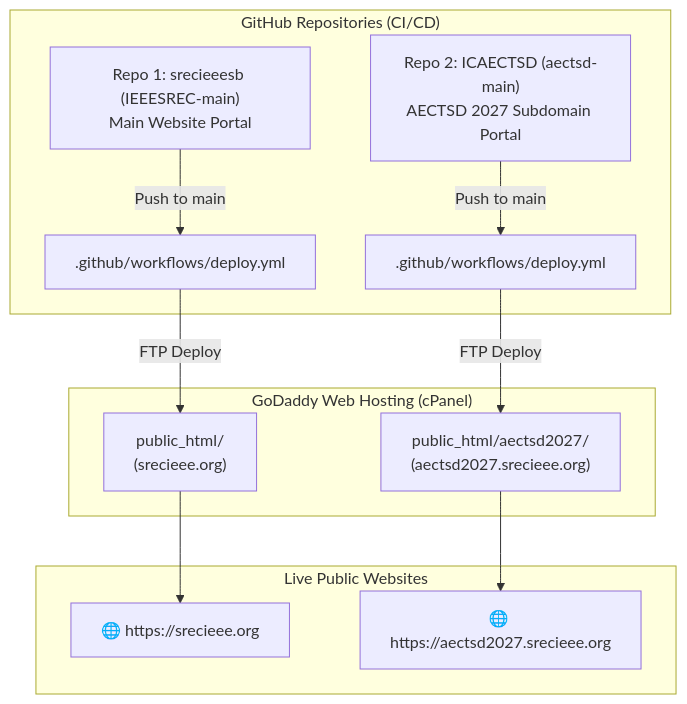
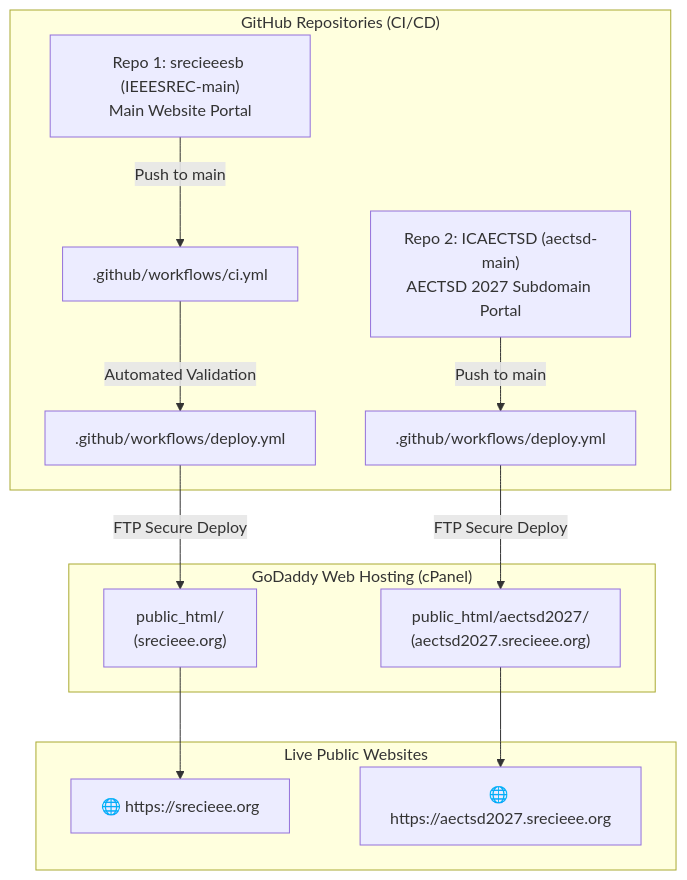
The second of 2 diagrams in README.md (Surya-Narayanan-K-S/SRECIEEESB), drawn with Mermaid before and after one commit. The commit also changed other lines of this file and 370 other files, not shown here.

````diff
--- a/README.md
+++ b/README.md
@@ -43,17 +59,18 @@
 ```mermaid
 graph TD
     subgraph GitHub ["GitHub Repositories (CI/CD)"]
-        R1["Repo 1: srecieeesb (IEEESREC-main)<br/>Main Website Portal"] -->|Push to main| W1[".github/workflows/deploy.yml"]
-        R2["Repo 2: ICAECTSD (aectsd-main)<br/>AECTSD 2027 Subdomain Portal"] -->|Push to main| W2[".github/workflows/deploy.yml"]
+        R1["Repo 1: srecieeesb (IEEESREC-main)<br/>Main Website Portal"] -->|Push to main| CI1[".github/workflows/ci.yml"]
+        CI1 -->|Automated Validation| CD1[".github/workflows/deploy.yml"]
+        R2["Repo 2: ICAECTSD (aectsd-main)<br/>AECTSD 2027 Subdomain Portal"] -->|Push to main| CD2[".github/workflows/deploy.yml"]
     end
 
     subgraph GoDaddy ["GoDaddy Web Hosting (cPanel)"]
-        W1 -->|FTP Deploy| Root["public_html/<br/>(srecieee.org)"]
-        W2 -->|FTP Deploy| SubFolder["public_html/aectsd2027/<br/>(aectsd2027.srecieee.org)"]
+        CD1 -->|FTP Secure Deploy| Root["public_html/<br/>(srecieee.org)"]
+        CD2 -->|FTP Secure Deploy| SubFolder["public_html/aectsd2027/<br/>(aectsd2027.srecieee.org)"]
     end
 
     subgraph Endpoints ["Live Public Websites"]
         Root --> Site1["🌐 https://srecieee.org"]
         SubFolder --> Site2["🌐 https://aectsd2027.srecieee.org"]
     end
 ```
````
